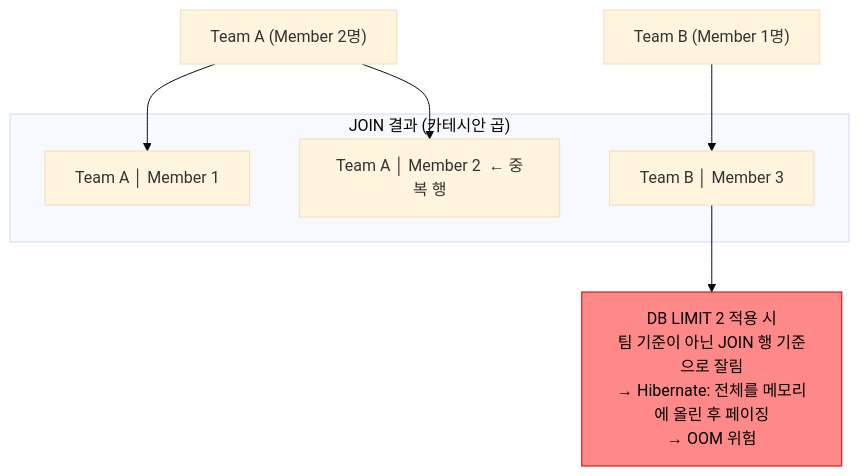
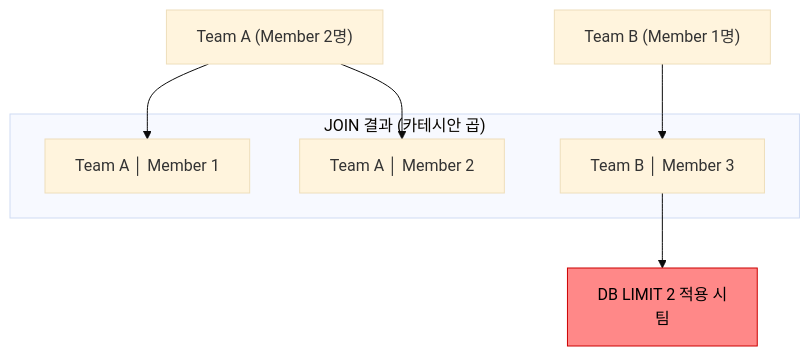
Before and after one commit to yjkim2015/yjkim2015.github.io: the second of 6 diagrams in _posts/jpa/2026-05-01-jpa-n-plus-1.md, drawn with Mermaid (base theme). The commit also changed other lines of this file and 271 other files, not shown here.

First line of the commit message:
Mermaid 라벨 축소: 긴 노드 텍스트 18자 이하로 트림 + \n 제거

````diff
--- a/_posts/jpa/2026-05-01-jpa-n-plus-1.md
+++ b/_posts/jpa/2026-05-01-jpa-n-plus-1.md
@@ -194,14 +194,14 @@
 ```mermaid
 graph TD
     TA["Team A (Member 2명)"]
     TB["Team B (Member 1명)"]
     subgraph JOIN["JOIN 결과 (카테시안 곱)"]
         J1["Team A │ Member 1"]
-        J2["Team A │ Member 2  ← 중복 행"]
+        J2["Team A │ Member 2"]
         J3["Team B │ Member 3"]
     end
     TA --> J1 & J2
     TB --> J3
-    J3 --> WARN["DB LIMIT 2 적용 시\n팀 기준이 아닌 JOIN 행 기준으로 잘림\n→ Hibernate: 전체를 메모리에 올린 후 페이징\n→ OOM 위험"]
+    J3 --> WARN["DB LIMIT 2 적용 시\n팀"]
     style WARN fill:#f88,stroke:#c00,color:#000
 ```
````
